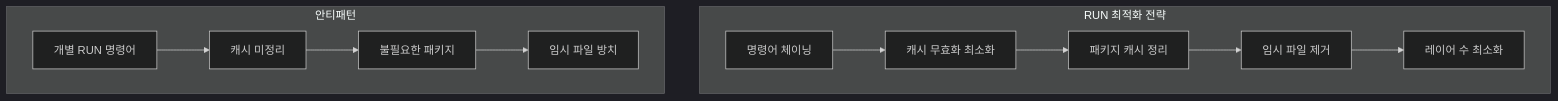
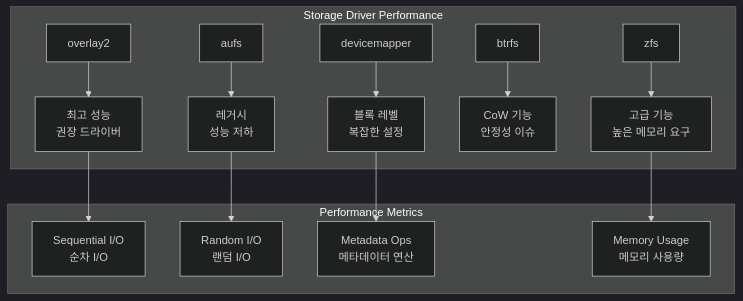
One commit to niceguy61/kdt_devops_lecture_2025 changed the first of 2 diagrams in week_02/day_02/session_04.md. Above: the diagram before and after it, drawn with Mermaid (dark theme). The commit also changed other lines of this file and 41 other files, not shown here.

````diff
--- a/week_02/day_02/session_04.md
+++ b/week_02/day_02/session_04.md
@@ -15,15 +15,22 @@
 ```mermaid
 graph TB
-    subgraph "RUN 최적화 전략"
-        A[명령어 체이닝] --> B[캐시 무효화 최소화]
-        B --> C[패키지 캐시 정리]
-        C --> D[임시 파일 제거]
-        D --> E[레이어 수 최소화]
+    subgraph "Storage Driver Performance"
+        A[overlay2] --> B[최고 성능<br/>권장 드라이버]
+        C[aufs] --> D[레거시<br/>성능 저하]
+        E[devicemapper] --> F[블록 레벨<br/>복잡한 설정]
+        G[btrfs] --> H[CoW 기능<br/>안정성 이슈]
+        I[zfs] --> J[고급 기능<br/>높은 메모리 요구]
     end
     
-    subgraph "안티패턴"
-        F[개별 RUN 명령어] --> G[캐시 미정리]
-        G --> H[불필요한 패키지]
-        H --> I[임시 파일 방치]
+    subgraph "Performance Metrics"
+        K[Sequential I/O<br/>순차 I/O]
+        L[Random I/O<br/>랜덤 I/O]
+        M[Metadata Ops<br/>메타데이터 연산]
+        N[Memory Usage<br/>메모리 사용량]
     end
+    
+    B --> K
+    D --> L
+    F --> M
+    J --> N
 ```
````
